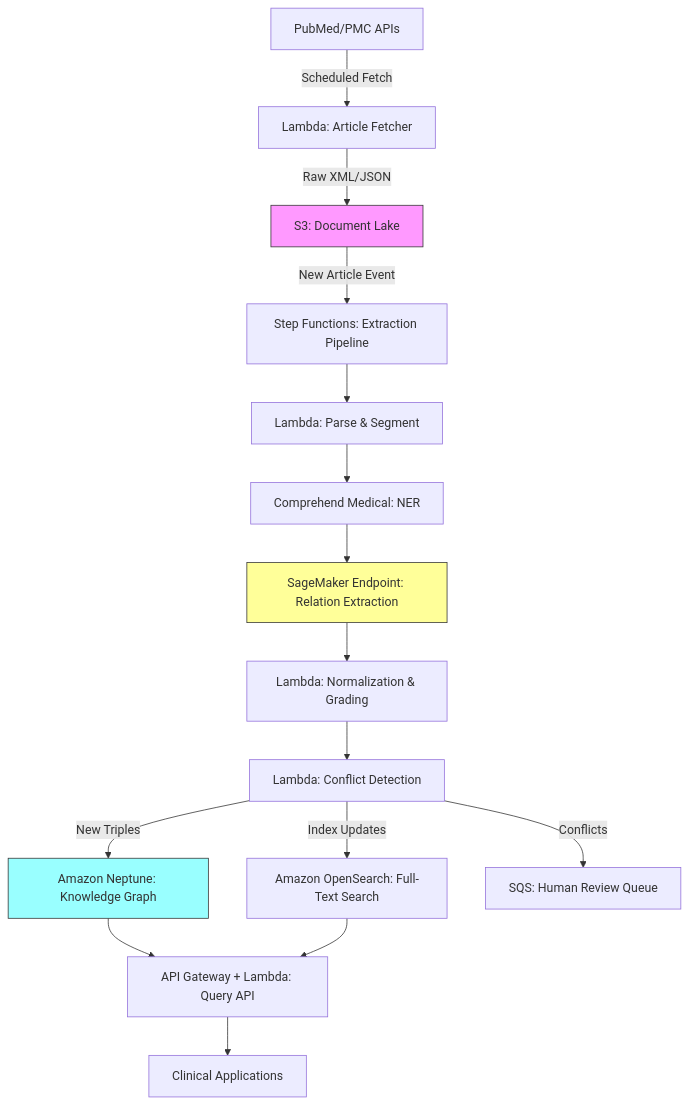
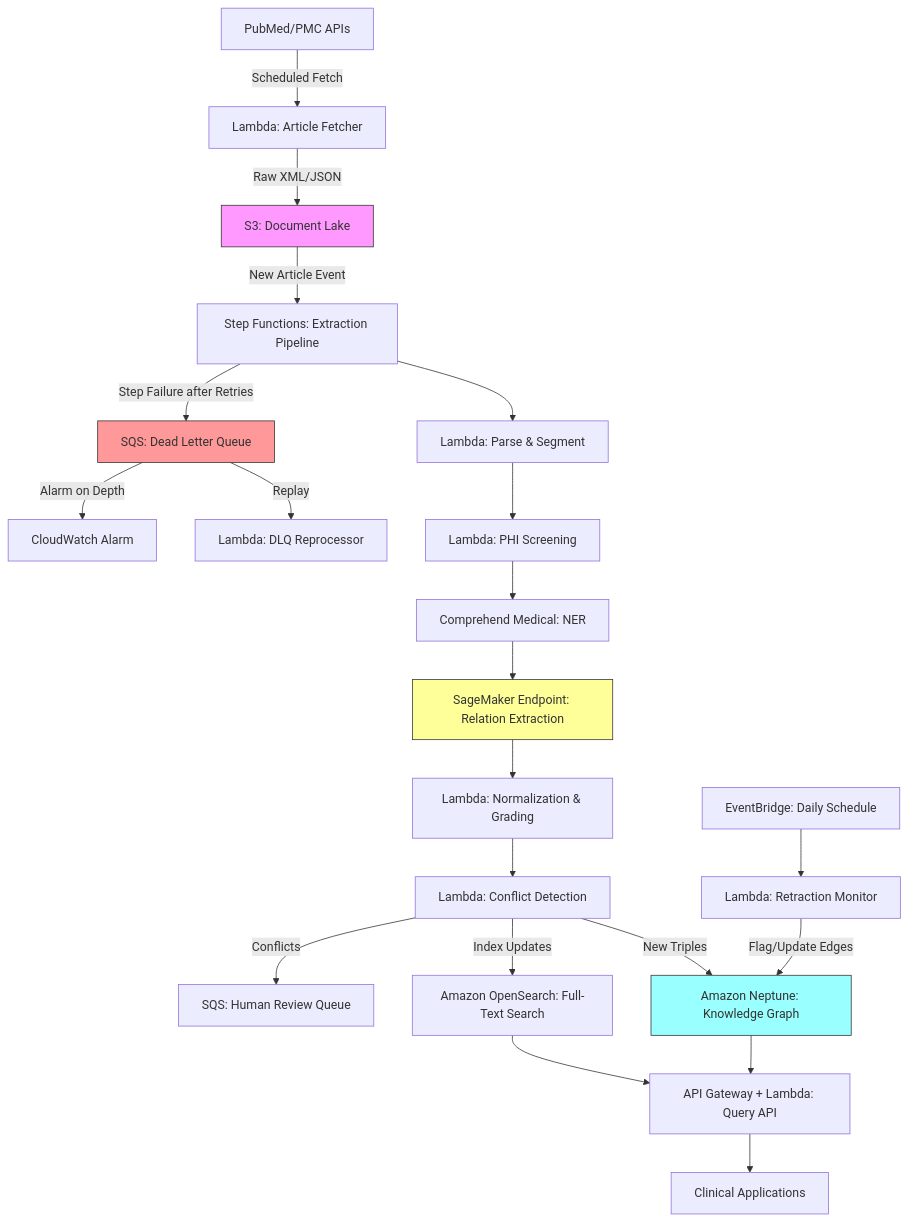
The diagram in chapter13.09-architecture.md (ccrngd1/HCLS-ai-book), drawn with Mermaid before and after one commit. The commit also changed other lines of this file and 8 other files, not shown here.

````diff
--- a/chapter13.09-architecture.md
+++ b/chapter13.09-architecture.md
@@ -25,24 +25,33 @@
 ```mermaid
 flowchart TD
     A[PubMed/PMC APIs] -->|Scheduled Fetch| B[Lambda: Article Fetcher]
     B -->|Raw XML/JSON| C[S3: Document Lake]
     C -->|New Article Event| D[Step Functions: Extraction Pipeline]
     
     D --> E[Lambda: Parse & Segment]
-    E --> F[Comprehend Medical: NER]
+    E --> PHI[Lambda: PHI Screening]
+    PHI --> F[Comprehend Medical: NER]
     F --> G[SageMaker Endpoint: Relation Extraction]
     G --> H[Lambda: Normalization & Grading]
     H --> I[Lambda: Conflict Detection]
     
     I -->|New Triples| J[Amazon Neptune: Knowledge Graph]
     I -->|Index Updates| K[Amazon OpenSearch: Full-Text Search]
     I -->|Conflicts| L[SQS: Human Review Queue]
     
+    D -->|Step Failure after Retries| DLQ[SQS: Dead Letter Queue]
+    DLQ -->|Replay| REPLAY[Lambda: DLQ Reprocessor]
+    DLQ -->|Alarm on Depth| CW[CloudWatch Alarm]
+    
+    RET[EventBridge: Daily Schedule] --> RETLAMBDA[Lambda: Retraction Monitor]
+    RETLAMBDA -->|Flag/Update Edges| J
+
     J --> M[API Gateway + Lambda: Query API]
     K --> M
     M --> N[Clinical Applications]
 
     style J fill:#9ff,stroke:#333
     style C fill:#f9f,stroke:#333
     style G fill:#ff9,stroke:#333
+    style DLQ fill:#f99,stroke:#333
 ```
````
